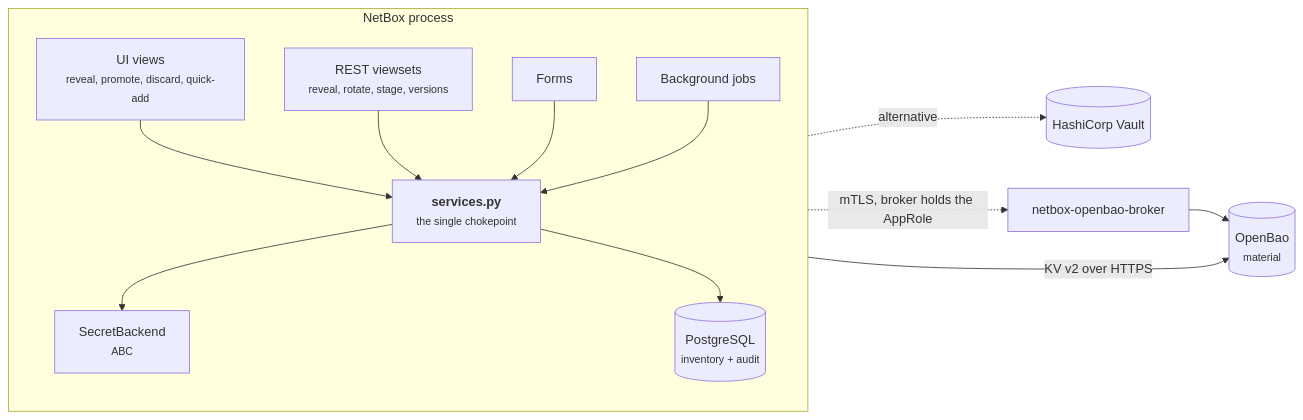
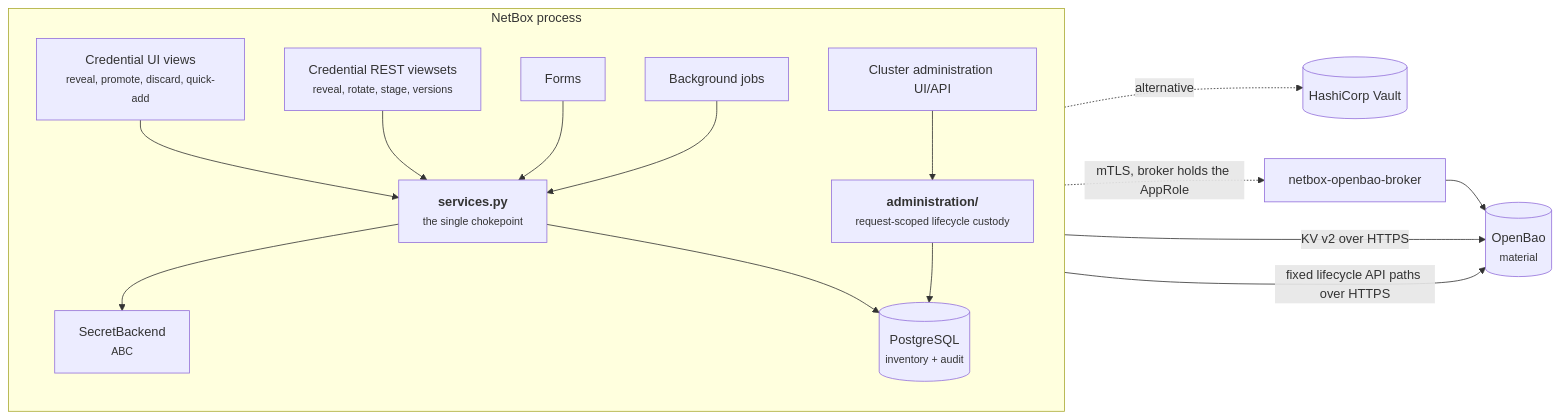
Before and after one commit to emersonfelipesp/netbox-openbao: the diagram in docs/architecture/index.md, drawn with Mermaid. The commit also changed other lines of this file and 34 other files, not shown here.

First line of the commit message:
feat: add guarded OpenBao cluster administration

````diff
--- a/docs/architecture/index.md
+++ b/docs/architecture/index.md
@@ -9,24 +9,29 @@
 ```mermaid
 flowchart LR
     subgraph netbox["NetBox process"]
         direction TB
-        UI["UI views<br/><small>reveal, promote, discard, quick-add</small>"]
-        API["REST viewsets<br/><small>reveal, rotate, stage, versions</small>"]
+        UI["Credential UI views<br/><small>reveal, promote, discard, quick-add</small>"]
+        API["Credential REST viewsets<br/><small>reveal, rotate, stage, versions</small>"]
+        ADMINUI["Cluster administration UI/API"]
+        ADMIN["<b>administration/</b><br/><small>request-scoped lifecycle custody</small>"]
         FORMS["Forms"]
         JOBS["Background jobs"]
         SVC["<b>services.py</b><br/><small>the single chokepoint</small>"]
         BE["SecretBackend<br/><small>ABC</small>"]
         DB[("PostgreSQL<br/><small>inventory + audit</small>")]
         UI --> SVC
         API --> SVC
         FORMS --> SVC
         JOBS --> SVC
+        ADMINUI --> ADMIN
         SVC --> BE
         SVC --> DB
+        ADMIN --> DB
     end
 
     BE -->|KV v2 over HTTPS| BAO[("OpenBao<br/><small>material</small>")]
+    ADMIN -->|fixed lifecycle API paths over HTTPS| BAO
     BE -.->|alternative| VAULT[("HashiCorp Vault")]
     BE -.->|"mTLS, broker holds the AppRole"| BROKER["netbox-openbao-broker"]
     BROKER --> BAO
 ```
````
